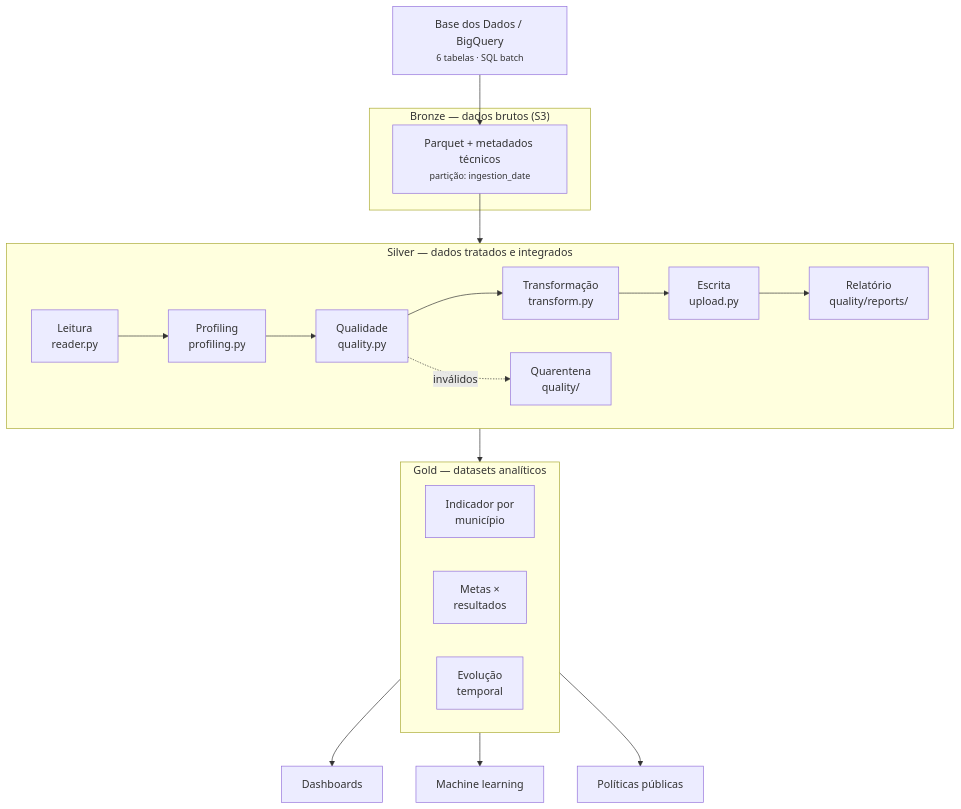
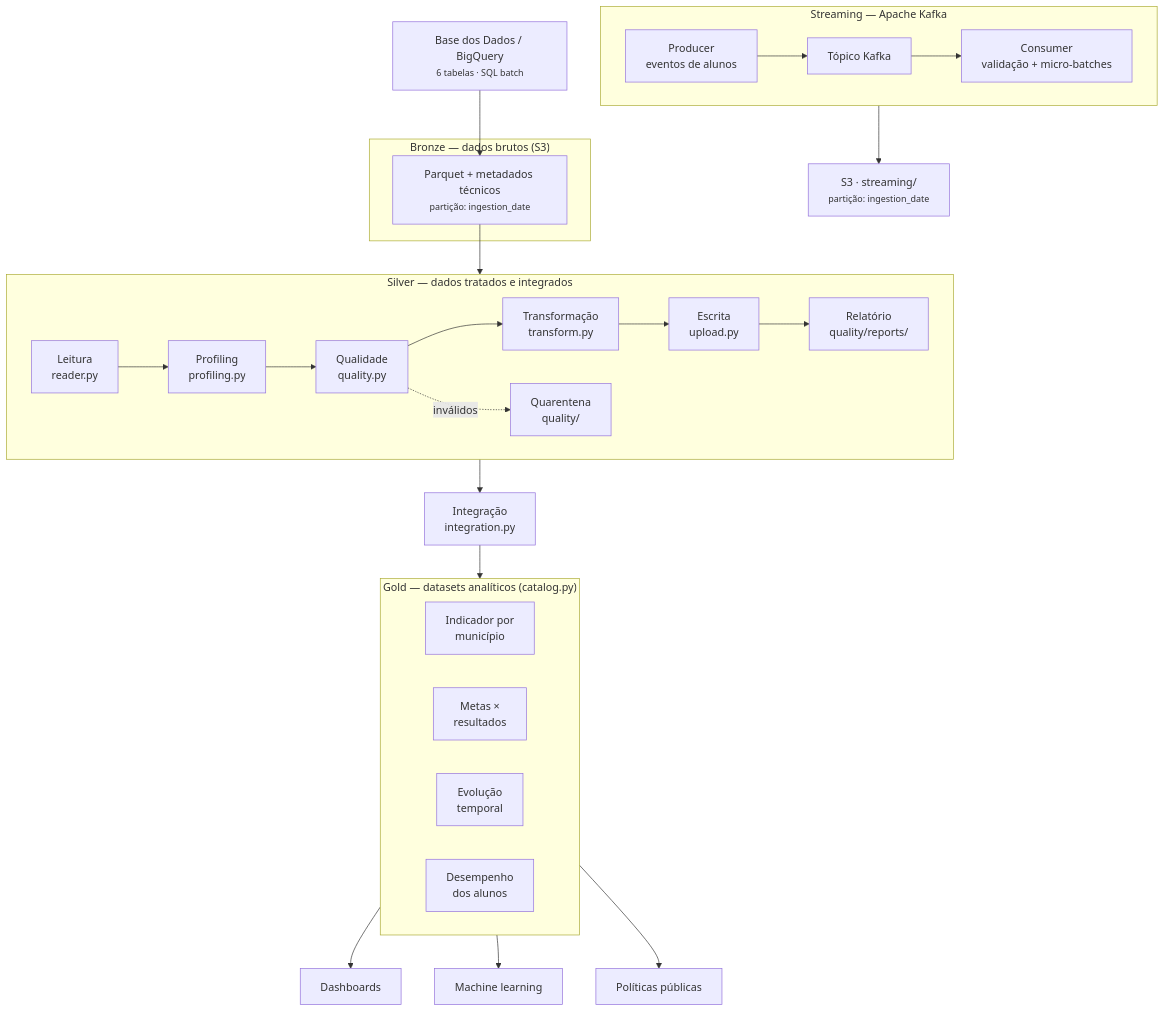
The diagram in docs/arquitetura.md (AndrePellegrini/tech-challenge-fase2), drawn with Mermaid before and after one commit. The commit also changed 17 other files, not shown here.

First line of the commit message:
feat: camada Gold sobre a Silver oficial e streaming com Kafka

````diff
--- a/docs/arquitetura.md
+++ b/docs/arquitetura.md
@@ -5,33 +5,43 @@
 ```mermaid
 flowchart TD
     A["Base dos Dados / BigQuery<br/><small>6 tabelas · SQL batch</small>"] --> B
 
     subgraph BRONZE["Bronze — dados brutos (S3)"]
         B["Parquet + metadados técnicos<br/><small>partição: ingestion_date</small>"]
     end
 
     B --> S1
 
     subgraph SILVER["Silver — dados tratados e integrados"]
         direction LR
         S1["Leitura<br/>reader.py"] --> S2["Profiling<br/>profiling.py"]
         S2 --> S3["Qualidade<br/>quality.py"]
         S3 --> S4["Transformação<br/>transform.py"]
         S4 --> S5["Escrita<br/>upload.py"]
         S3 -. inválidos .-> Q["Quarentena<br/>quality/"]
         S5 --> R["Relatório<br/>quality/reports/"]
     end
 
-    S5 --> G1
+    S5 --> I["Integração<br/>integration.py"]
+    I --> G1
 
-    subgraph GOLD["Gold — datasets analíticos"]
+    subgraph GOLD["Gold — datasets analíticos (catalog.py)"]
         direction LR
         G1["Indicador por<br/>município"]
         G2["Metas ×<br/>resultados"]
         G3["Evolução<br/>temporal"]
+        G4["Desempenho<br/>dos alunos"]
     end
+
+    subgraph STREAMING["Streaming — Apache Kafka"]
+        direction LR
+        P["Producer<br/>eventos de alunos"] --> K["Tópico Kafka"]
+        K --> CO["Consumer<br/>validação + micro-batches"]
+    end
+
+    CO --> B2["S3 · streaming/<br/><small>partição: ingestion_date</small>"]
 
     GOLD --> C1["Dashboards"]
     GOLD --> C2["Machine learning"]
     GOLD --> C3["Políticas públicas"]
 ```
````
